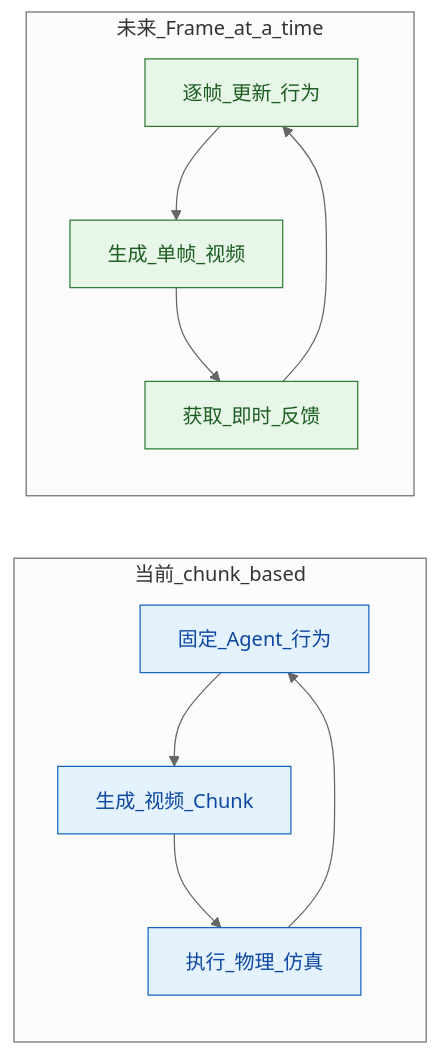
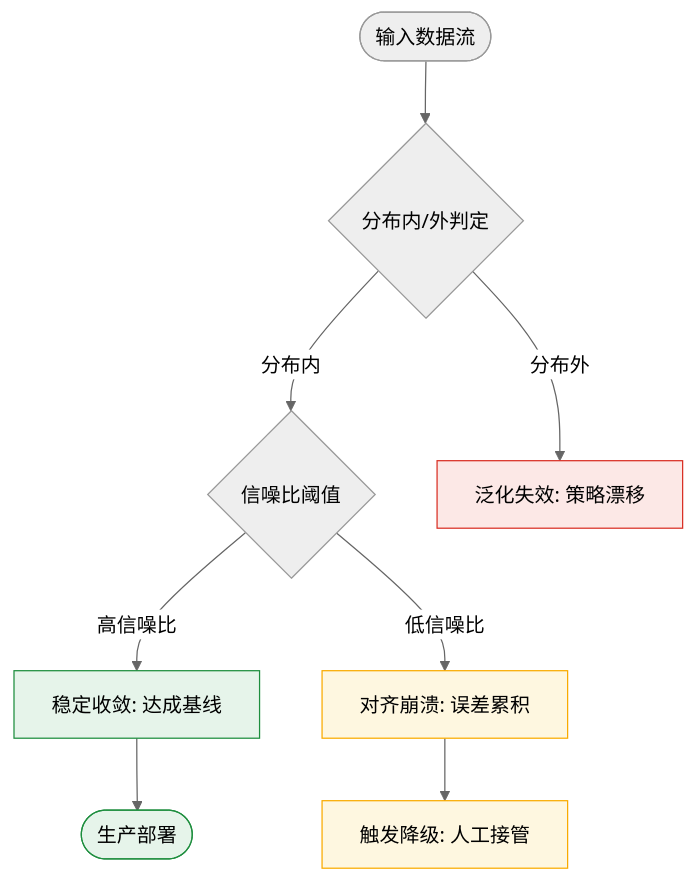
The ninth of 10 diagrams in person_vault/2026-06-12_OmniDreamsRealTimeGenerativeWorldModel_2606.03159/report.md (ShinewineW/paper-rolling), drawn with Mermaid (neutral theme) before and after one commit. The commit also changed other lines of this file and 300 other files, not shown here.

````diff
--- a/person_vault/2026-06-12_OmniDreamsRealTimeGenerativeWorldModel_2606.03159/report.md
+++ b/person_vault/2026-06-12_OmniDreamsRealTimeGenerativeWorldModel_2606.03159/report.md
@@ -599,17 +465,14 @@
 ```mermaid
-graph LR
-    subgraph 当前_chunk_based
-        fix_agent_behavior["固定_Agent_行为"] --> generate_video_chunk["生成_视频_Chunk"]
-        generate_video_chunk --> execute_physics_sim["执行_物理_仿真"]
-        execute_physics_sim --> fix_agent_behavior
-    end
-    subgraph 未来_Frame_at_a_time
-        update_behavior_per_frame["逐帧_更新_行为"] --> generate_single_frame["生成_单帧_视频"]
-        generate_single_frame --> get_instant_feedback["获取_即时_反馈"]
-        get_instant_feedback --> update_behavior_per_frame
-    end
-    classDef current fill:#e3f2fd,stroke:#1565c0,color:#0d47a1;
-    classDef future fill:#e8f5e9,stroke:#2e7d32,color:#1b5e20;
-    class fix_agent_behavior,generate_video_chunk,execute_physics_sim current;
-    class update_behavior_per_frame,generate_single_frame,get_instant_feedback future;
+flowchart TD
+    classDef safe fill:#e6f4ea,stroke:#1e8e3e,color:#000;
+    classDef warn fill:#fef7e0,stroke:#f9ab00,color:#000;
+    classDef fail fill:#fce8e6,stroke:#d93025,color:#000;
+    
+    start(["输入数据流"]) --> check_dist{分布内/外判定}
+    check_dist -->|分布内| check_noise{信噪比阈值}
+    check_dist -->|分布外| ood_fail["泛化失效: 策略漂移"]:::fail
+    check_noise -->|高信噪比| safe_run["稳定收敛: 达成基线"]:::safe
+    check_noise -->|低信噪比| noise_fail["对齐崩溃: 误差累积"]:::warn
+    noise_fail --> fallback["触发降级: 人工接管"]:::warn
+    safe_run --> deploy(["生产部署"]):::safe
 ```
````
